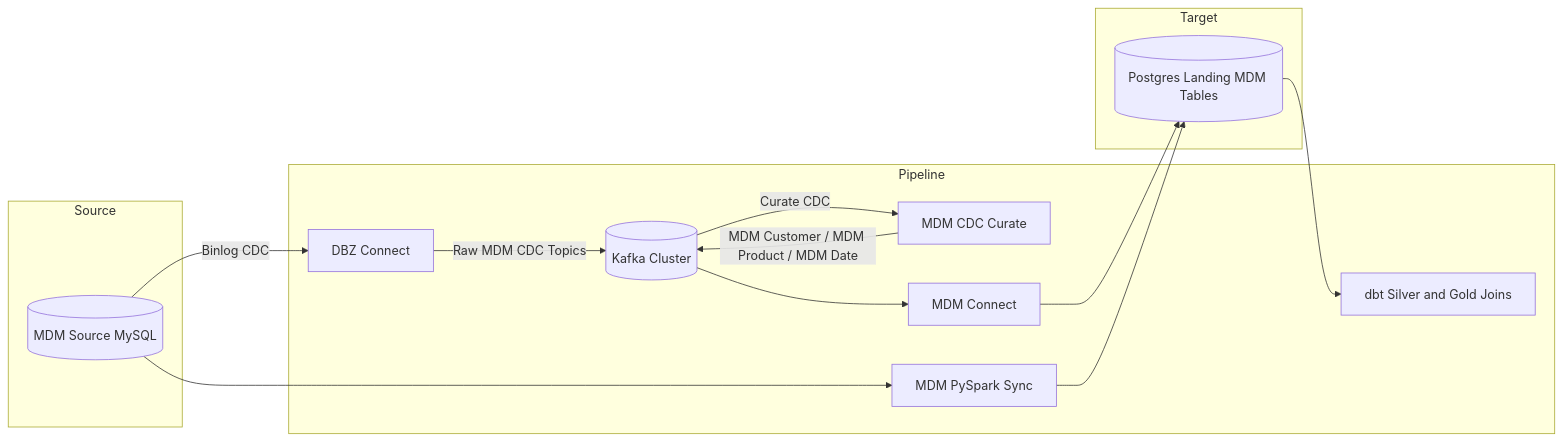
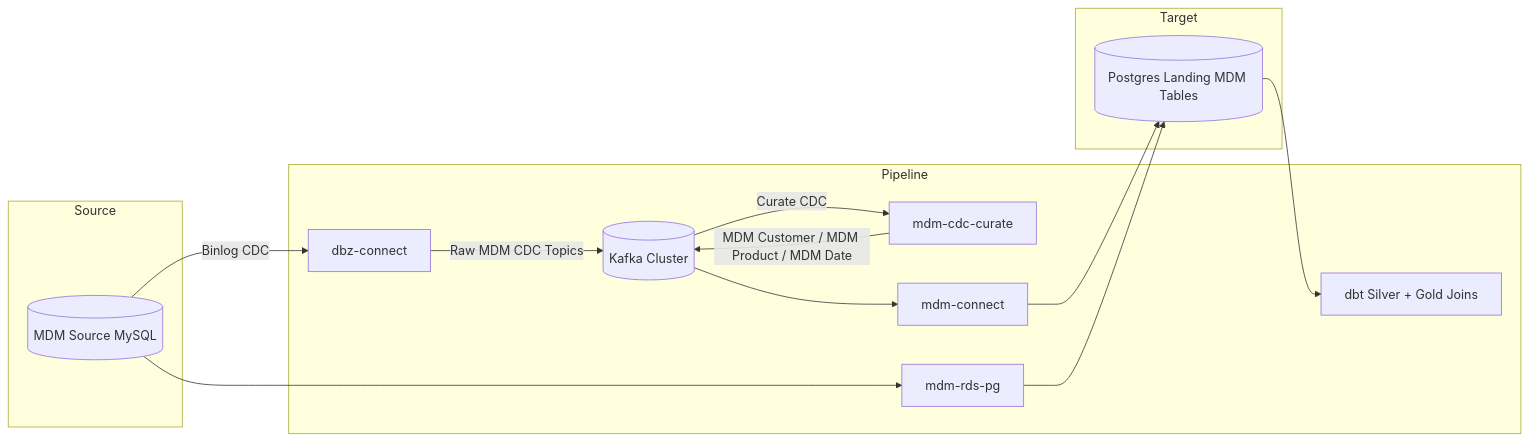
One commit to paulchen8206/Full-Stack-Modern-Data-Architecture-and-Engineering changed the fourth of 9 diagrams in docs/architecture.md. Above: the diagram before and after it, drawn with Mermaid. The commit also changed other lines of this file and 18 other files, not shown here.

````diff
--- a/docs/architecture.md
+++ b/docs/architecture.md
@@ -489,29 +481,29 @@
 ```mermaid
 flowchart LR
   subgraph S2[Source]
     M[(MDM Source MySQL)]
   end
 
   subgraph P2[Pipeline]
-    DBZ[DBZ Connect]
+    DBZ[dbz-connect]
     K[(Kafka Cluster)]
-    MCP[MDM CDC Curate]
-    MDMK[MDM Connect]
-    SP[MDM PySpark Sync]
-    DBT[dbt Silver and Gold Joins]
+    MCP[mdm-cdc-curate]
+    MDMK[mdm-connect]
+    SP[mdm-rds-pg]
+    DBT[dbt Silver + Gold Joins]
   end
 
   subgraph T2[Target]
     PG[(Postgres Landing MDM Tables)]
   end
 
   M -->|Binlog CDC| DBZ
   DBZ -->|Raw MDM CDC Topics| K
   K -->|Curate CDC| MCP
   MCP -->|MDM Customer / MDM Product / MDM Date| K
   K --> MDMK
   MDMK --> PG
   M --> SP
   SP --> PG
   PG --> DBT
 ```
````
